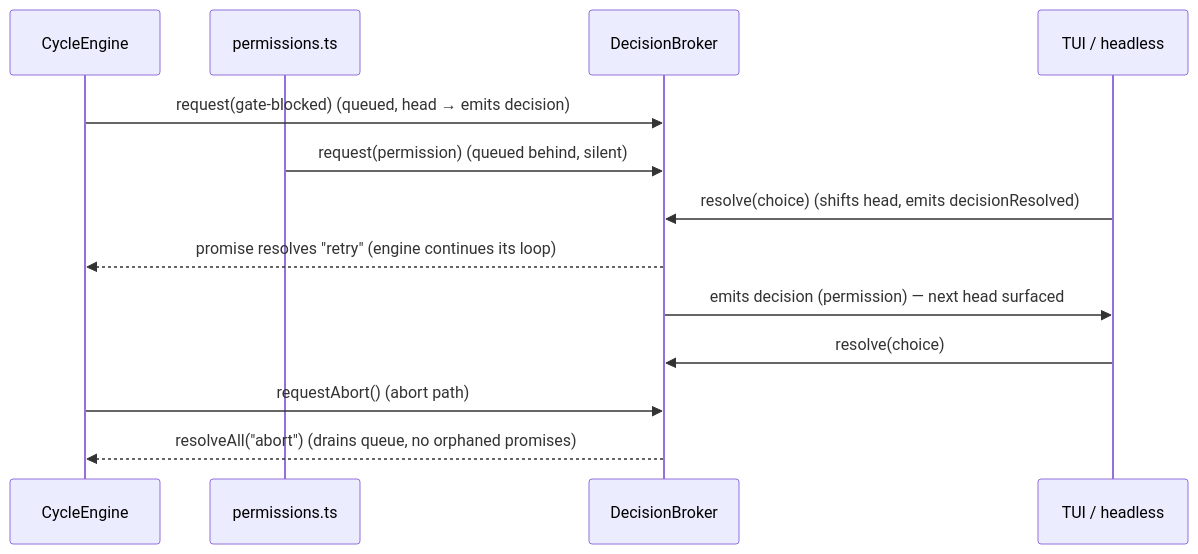
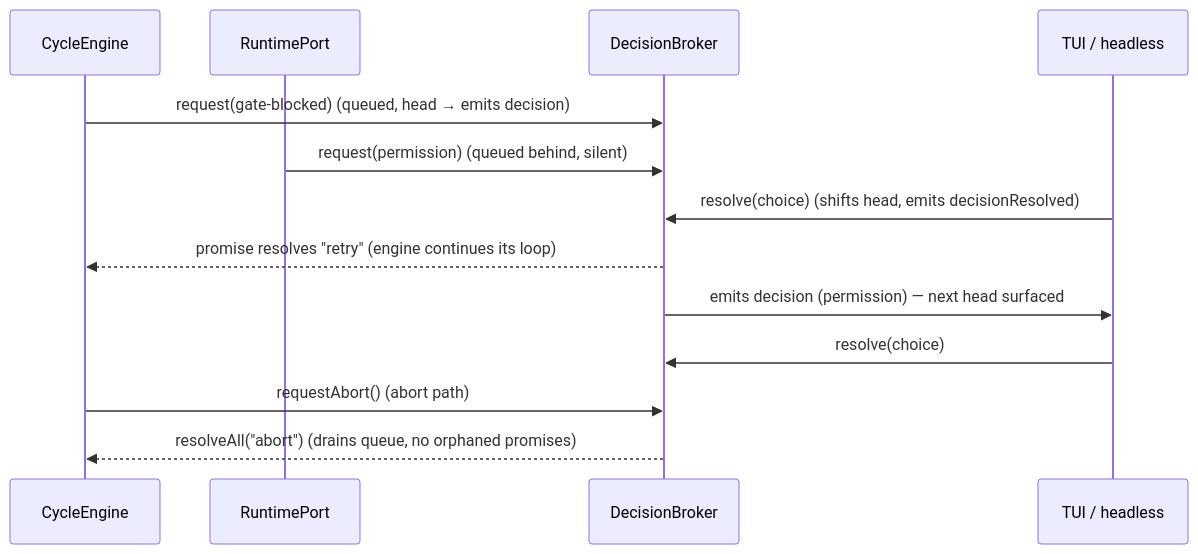
Before and after one commit to dahch/huginn: the third of 26 diagrams in DESIGN.md, drawn with Mermaid. The commit also changed other lines of this file and 5 other files, not shown here.

````diff
--- a/DESIGN.md
+++ b/DESIGN.md
@@ -338,16 +338,16 @@
 ```mermaid
 sequenceDiagram
     participant E as CycleEngine
-    participant P as permissions.ts
+    participant P as RuntimePort
     participant B as DecisionBroker
     participant U as TUI / headless
 
     E->>B: request(gate-blocked)      (queued, head → emits decision)
     P->>B: request(permission)        (queued behind, silent)
     U->>B: resolve(choice)            (shifts head, emits decisionResolved)
     B-->>E: promise resolves "retry"  (engine continues its loop)
     B->>U: emits decision (permission) — next head surfaced
     U->>B: resolve(choice)
     E->>B: requestAbort()             (abort path)
     B-->>E: resolveAll("abort")       (drains queue, no orphaned promises)
 ```
````
